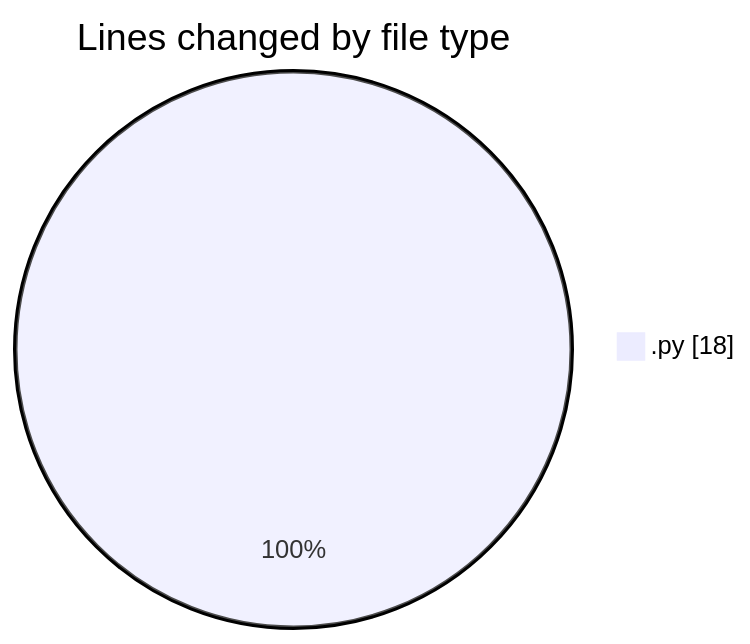
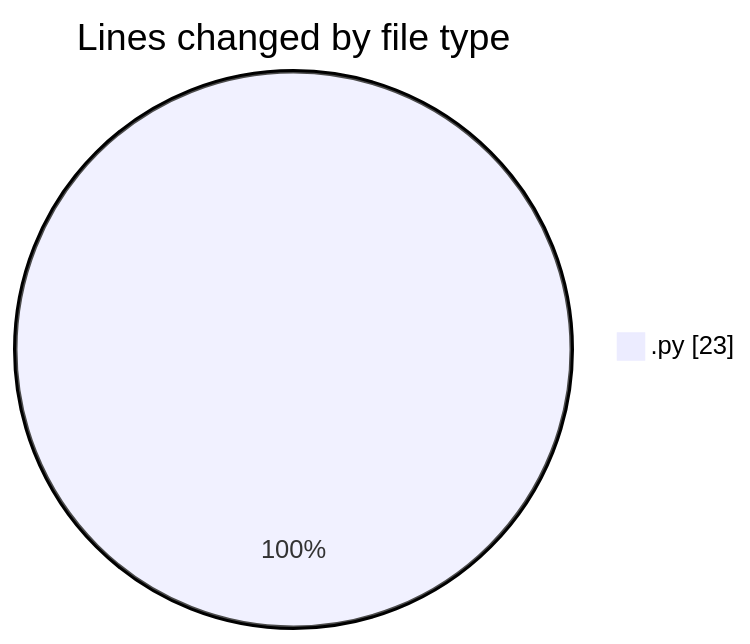
Before and after one commit to hasnaa123/code-tracking: the first of 2 diagrams in 2026-02-21/student_performance_system/README.md, drawn with Mermaid. The commit also changed other lines of this file and 1 other file, not shown here.

````diff
--- a/2026-02-21/student_performance_system/README.md
+++ b/2026-02-21/student_performance_system/README.md
@@ -20,5 +20,5 @@
 ```mermaid
 pie showData
 title Lines changed by file type
-".py" : 18
+".py" : 23
 ```
````
